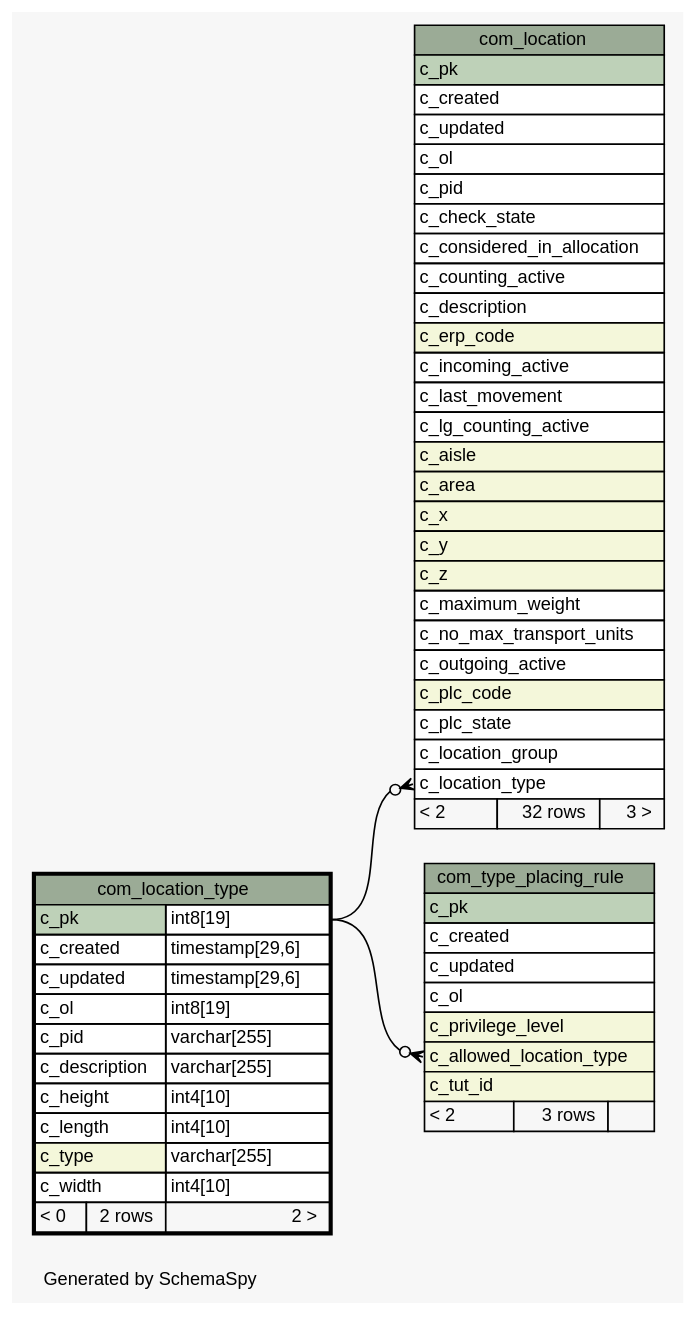
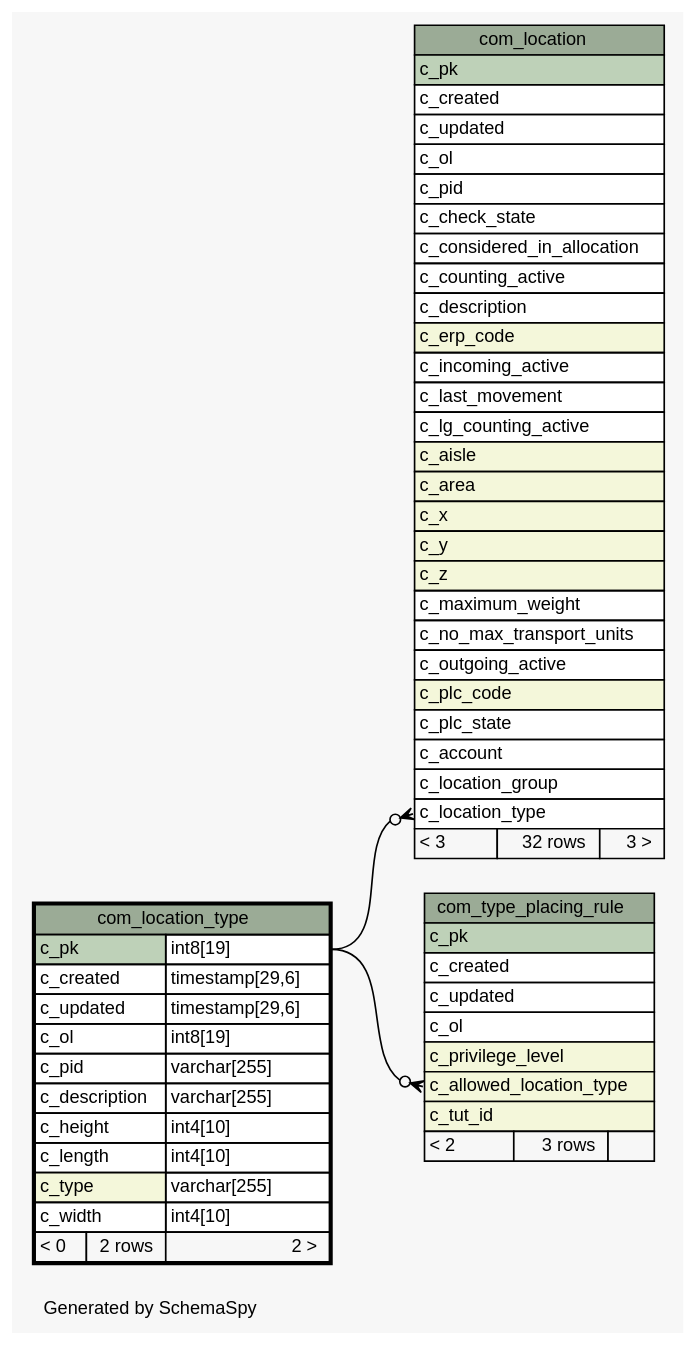
The diagram in schemaspy/diagrams/com_location_type.1degree.dot (openwms/org.openwms.common.service.lib), drawn with Graphviz before and after one commit. The commit also changed 516 other files, not shown here.

```diff
--- a/schemaspy/diagrams/com_location_type.1degree.dot
+++ b/schemaspy/diagrams/com_location_type.1degree.dot
@@ -1,93 +1,94 @@
 // dot 2.36.0 on Linux 4.4.0-101-generic
 // SchemaSpy rev Unknown
 digraph "oneDegreeRelationshipsDiagram" {
   graph [
     rankdir="RL"
     bgcolor="#f7f7f7"
     label="\nGenerated by SchemaSpy"
     labeljust="l"
     nodesep="0.18"
     ranksep="0.46"
     fontname="Helvetica"
     fontsize="11"
   ];
   node [
     fontname="Helvetica"
     fontsize="11"
     shape="plaintext"
   ];
   edge [
     arrowsize="0.8"
   ];
   "com_location":"c_location_type":w -> "com_location_type":"c_pk.type":e [arrowhead=none dir=back arrowtail=crowodot];
   "com_type_placing_rule":"c_allowed_location_type":w -> "com_location_type":"c_pk.type":e [arrowhead=none dir=back arrowtail=crowodot];
   "com_location" [
     label=<
     <TABLE BORDER="0" CELLBORDER="1" CELLSPACING="0" BGCOLOR="#ffffff">
       <TR><TD COLSPAN="3" BGCOLOR="#9bab96" ALIGN="CENTER">com_location</TD></TR>
       <TR><TD PORT="c_pk" COLSPAN="3" BGCOLOR="#bed1b8" ALIGN="LEFT">c_pk</TD></TR>
       <TR><TD PORT="c_created" COLSPAN="3" ALIGN="LEFT">c_created</TD></TR>
       <TR><TD PORT="c_updated" COLSPAN="3" ALIGN="LEFT">c_updated</TD></TR>
       <TR><TD PORT="c_ol" COLSPAN="3" ALIGN="LEFT">c_ol</TD></TR>
       <TR><TD PORT="c_pid" COLSPAN="3" ALIGN="LEFT">c_pid</TD></TR>
       <TR><TD PORT="c_check_state" COLSPAN="3" ALIGN="LEFT">c_check_state</TD></TR>
       <TR><TD PORT="c_considered_in_allocation" COLSPAN="3" ALIGN="LEFT">c_considered_in_allocation</TD></TR>
       <TR><TD PORT="c_counting_active" COLSPAN="3" ALIGN="LEFT">c_counting_active</TD></TR>
       <TR><TD PORT="c_description" COLSPAN="3" ALIGN="LEFT">c_description</TD></TR>
       <TR><TD PORT="c_erp_code" COLSPAN="3" BGCOLOR="#f4f7da" ALIGN="LEFT">c_erp_code</TD></TR>
       <TR><TD PORT="c_incoming_active" COLSPAN="3" ALIGN="LEFT">c_incoming_active</TD></TR>
       <TR><TD PORT="c_last_movement" COLSPAN="3" ALIGN="LEFT">c_last_movement</TD></TR>
       <TR><TD PORT="c_lg_counting_active" COLSPAN="3" ALIGN="LEFT">c_lg_counting_active</TD></TR>
       <TR><TD PORT="c_aisle" COLSPAN="3" BGCOLOR="#f4f7da" ALIGN="LEFT">c_aisle</TD></TR>
       <TR><TD PORT="c_area" COLSPAN="3" BGCOLOR="#f4f7da" ALIGN="LEFT">c_area</TD></TR>
       <TR><TD PORT="c_x" COLSPAN="3" BGCOLOR="#f4f7da" ALIGN="LEFT">c_x</TD></TR>
       <TR><TD PORT="c_y" COLSPAN="3" BGCOLOR="#f4f7da" ALIGN="LEFT">c_y</TD></TR>
       <TR><TD PORT="c_z" COLSPAN="3" BGCOLOR="#f4f7da" ALIGN="LEFT">c_z</TD></TR>
       <TR><TD PORT="c_maximum_weight" COLSPAN="3" ALIGN="LEFT">c_maximum_weight</TD></TR>
       <TR><TD PORT="c_no_max_transport_units" COLSPAN="3" ALIGN="LEFT">c_no_max_transport_units</TD></TR>
       <TR><TD PORT="c_outgoing_active" COLSPAN="3" ALIGN="LEFT">c_outgoing_active</TD></TR>
       <TR><TD PORT="c_plc_code" COLSPAN="3" BGCOLOR="#f4f7da" ALIGN="LEFT">c_plc_code</TD></TR>
       <TR><TD PORT="c_plc_state" COLSPAN="3" ALIGN="LEFT">c_plc_state</TD></TR>
+      <TR><TD PORT="c_account" COLSPAN="3" ALIGN="LEFT">c_account</TD></TR>
       <TR><TD PORT="c_location_group" COLSPAN="3" ALIGN="LEFT">c_location_group</TD></TR>
       <TR><TD PORT="c_location_type" COLSPAN="3" ALIGN="LEFT">c_location_type</TD></TR>
-      <TR><TD ALIGN="LEFT" BGCOLOR="#f7f7f7">&lt; 2</TD><TD ALIGN="RIGHT" BGCOLOR="#f7f7f7">32 rows</TD><TD ALIGN="RIGHT" BGCOLOR="#f7f7f7">3 &gt;</TD></TR>
+      <TR><TD ALIGN="LEFT" BGCOLOR="#f7f7f7">&lt; 3</TD><TD ALIGN="RIGHT" BGCOLOR="#f7f7f7">32 rows</TD><TD ALIGN="RIGHT" BGCOLOR="#f7f7f7">3 &gt;</TD></TR>
     </TABLE>>
     URL="com_location.html"
     tooltip="com_location"
   ];
   "com_location_type" [
     label=<
     <TABLE BORDER="2" CELLBORDER="1" CELLSPACING="0" BGCOLOR="#ffffff">
       <TR><TD COLSPAN="3" BGCOLOR="#9bab96" ALIGN="CENTER">com_location_type</TD></TR>
       <TR><TD PORT="c_pk" COLSPAN="2" BGCOLOR="#bed1b8" ALIGN="LEFT">c_pk</TD><TD PORT="c_pk.type" ALIGN="LEFT">int8[19]</TD></TR>
       <TR><TD PORT="c_created" COLSPAN="2" ALIGN="LEFT">c_created</TD><TD PORT="c_created.type" ALIGN="LEFT">timestamp[29,6]</TD></TR>
       <TR><TD PORT="c_updated" COLSPAN="2" ALIGN="LEFT">c_updated</TD><TD PORT="c_updated.type" ALIGN="LEFT">timestamp[29,6]</TD></TR>
       <TR><TD PORT="c_ol" COLSPAN="2" ALIGN="LEFT">c_ol</TD><TD PORT="c_ol.type" ALIGN="LEFT">int8[19]</TD></TR>
       <TR><TD PORT="c_pid" COLSPAN="2" ALIGN="LEFT">c_pid</TD><TD PORT="c_pid.type" ALIGN="LEFT">varchar[255]</TD></TR>
       <TR><TD PORT="c_description" COLSPAN="2" ALIGN="LEFT">c_description</TD><TD PORT="c_description.type" ALIGN="LEFT">varchar[255]</TD></TR>
       <TR><TD PORT="c_height" COLSPAN="2" ALIGN="LEFT">c_height</TD><TD PORT="c_height.type" ALIGN="LEFT">int4[10]</TD></TR>
       <TR><TD PORT="c_length" COLSPAN="2" ALIGN="LEFT">c_length</TD><TD PORT="c_length.type" ALIGN="LEFT">int4[10]</TD></TR>
       <TR><TD PORT="c_type" COLSPAN="2" BGCOLOR="#f4f7da" ALIGN="LEFT">c_type</TD><TD PORT="c_type.type" ALIGN="LEFT">varchar[255]</TD></TR>
       <TR><TD PORT="c_width" COLSPAN="2" ALIGN="LEFT">c_width</TD><TD PORT="c_width.type" ALIGN="LEFT">int4[10]</TD></TR>
       <TR><TD ALIGN="LEFT" BGCOLOR="#f7f7f7">&lt; 0</TD><TD ALIGN="RIGHT" BGCOLOR="#f7f7f7">2 rows</TD><TD ALIGN="RIGHT" BGCOLOR="#f7f7f7">2 &gt;</TD></TR>
     </TABLE>>
     URL="com_location_type.html"
     tooltip="com_location_type"
   ];
   "com_type_placing_rule" [
     label=<
     <TABLE BORDER="0" CELLBORDER="1" CELLSPACING="0" BGCOLOR="#ffffff">
       <TR><TD COLSPAN="3" BGCOLOR="#9bab96" ALIGN="CENTER">com_type_placing_rule</TD></TR>
       <TR><TD PORT="c_pk" COLSPAN="3" BGCOLOR="#bed1b8" ALIGN="LEFT">c_pk</TD></TR>
       <TR><TD PORT="c_created" COLSPAN="3" ALIGN="LEFT">c_created</TD></TR>
       <TR><TD PORT="c_updated" COLSPAN="3" ALIGN="LEFT">c_updated</TD></TR>
       <TR><TD PORT="c_ol" COLSPAN="3" ALIGN="LEFT">c_ol</TD></TR>
       <TR><TD PORT="c_privilege_level" COLSPAN="3" BGCOLOR="#f4f7da" ALIGN="LEFT">c_privilege_level</TD></TR>
       <TR><TD PORT="c_allowed_location_type" COLSPAN="3" BGCOLOR="#f4f7da" ALIGN="LEFT">c_allowed_location_type</TD></TR>
       <TR><TD PORT="c_tut_id" COLSPAN="3" BGCOLOR="#f4f7da" ALIGN="LEFT">c_tut_id</TD></TR>
       <TR><TD ALIGN="LEFT" BGCOLOR="#f7f7f7">&lt; 2</TD><TD ALIGN="RIGHT" BGCOLOR="#f7f7f7">3 rows</TD><TD ALIGN="RIGHT" BGCOLOR="#f7f7f7">  </TD></TR>
     </TABLE>>
     URL="com_type_placing_rule.html"
     tooltip="com_type_placing_rule"
   ];
 }
```
